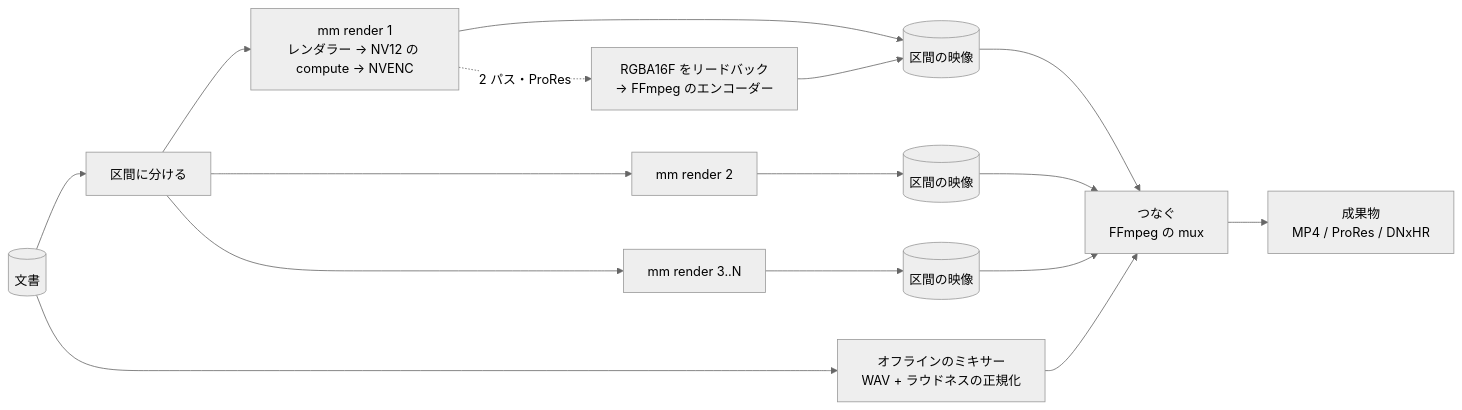
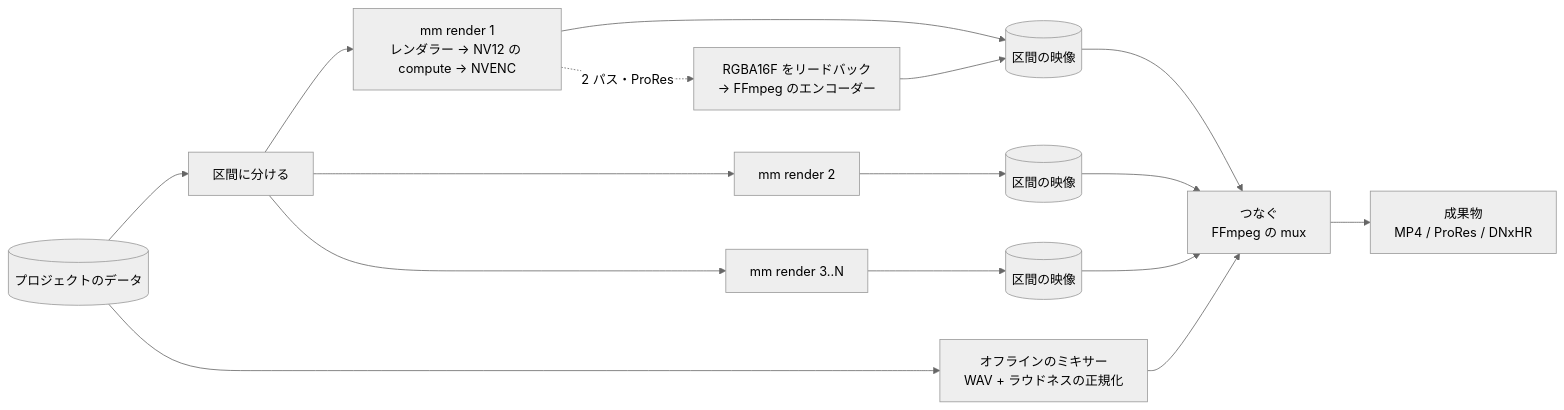
Before and after one commit to Durun/claude-marketplace: the diagram in movie-maker/docs/design/06-engine.md, drawn with Mermaid (neutral theme). The commit also changed other lines of this file and 320 other files, not shown here.

````diff
--- a/movie-maker/docs/design/06-engine.md
+++ b/movie-maker/docs/design/06-engine.md
@@ -45,16 +45,16 @@
 ```mermaid
 flowchart LR
-  DOC[(文書)] --> SPLIT[区間に分ける]
+  DOC[(プロジェクトのデータ)] --> SPLIT[区間に分ける]
   SPLIT --> P1[mm render 1<br>レンダラー → NV12 の compute → NVENC]
   SPLIT --> P2[mm render 2]
   SPLIT --> P3[mm render 3..N]
   P1 --> SEG1[(区間の映像)]
   P2 --> SEG2[(区間の映像)]
   P3 --> SEG3[(区間の映像)]
   SEG1 & SEG2 & SEG3 --> JOIN[つなぐ<br>FFmpeg の mux]
   DOC --> AUD[オフラインのミキサー<br>WAV + ラウドネスの正規化]
   AUD --> JOIN
   JOIN --> OUT[成果物<br>MP4 / ProRes / DNxHR]
   P1 -. 2 パス・ProRes .-> FF[RGBA16F をリードバック<br>→ FFmpeg のエンコーダー]
   FF --> SEG1
 ```
````
